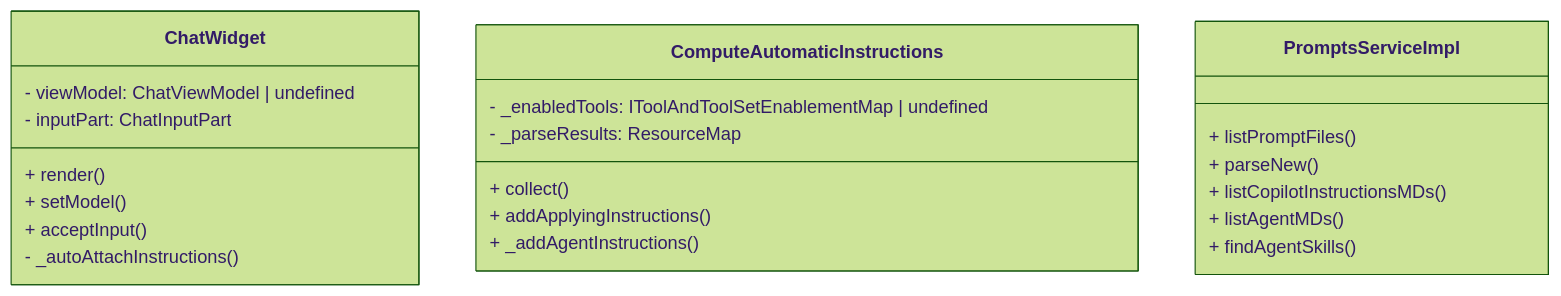
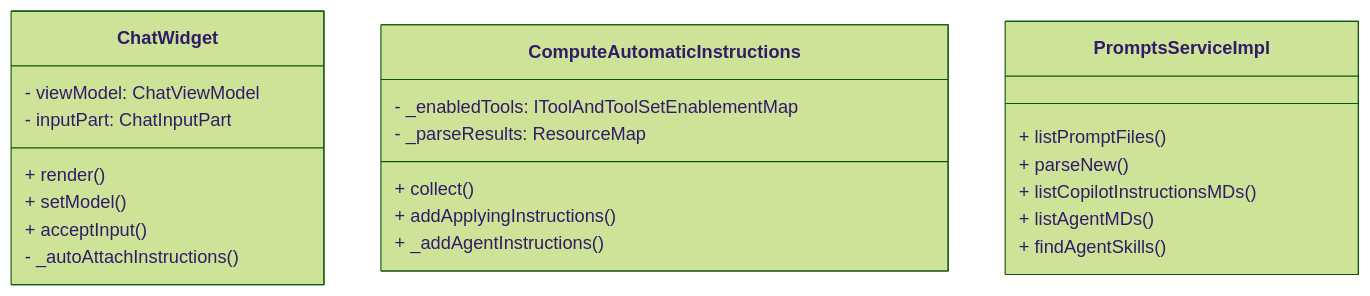
Before and after one commit to tamuratak/vscode: the first of 4 diagrams in living_doc/agentskills.md, drawn with Mermaid (forest theme). The commit also changed other lines of this file, not shown here.

Commit message:
Refactor AGENT Skill documentation to remove undefined types from class diagrams for clarity

````diff
--- a/living_doc/agentskills.md
+++ b/living_doc/agentskills.md
@@ -26,27 +26,27 @@
 ```mermaid
 classDiagram
 class ChatWidget {
-	- viewModel: ChatViewModel | undefined
+	- viewModel: ChatViewModel
 	- inputPart: ChatInputPart
 	+ render()
 	+ setModel()
 	+ acceptInput()
 	- _autoAttachInstructions()
 }
 
 class ComputeAutomaticInstructions {
-	- _enabledTools: IToolAndToolSetEnablementMap | undefined
+	- _enabledTools: IToolAndToolSetEnablementMap
 	- _parseResults: ResourceMap<ParsedPromptFile>
 	+ collect()
 	+ addApplyingInstructions()
 	+ _addAgentInstructions()
 }
 
 class PromptsServiceImpl {
 	+ listPromptFiles()
 	+ parseNew()
 	+ listCopilotInstructionsMDs()
 	+ listAgentMDs()
 	+ findAgentSkills()
 }
 ```
````
